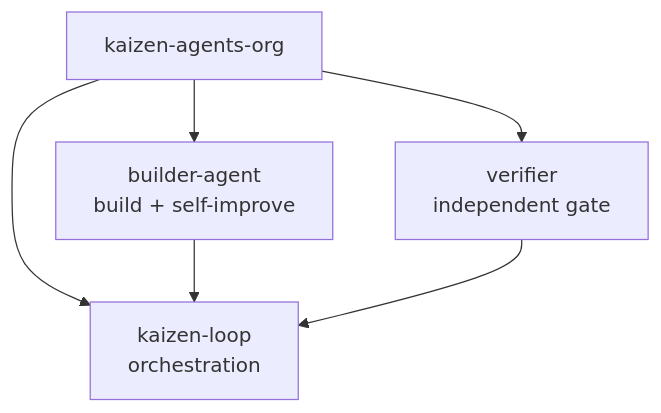
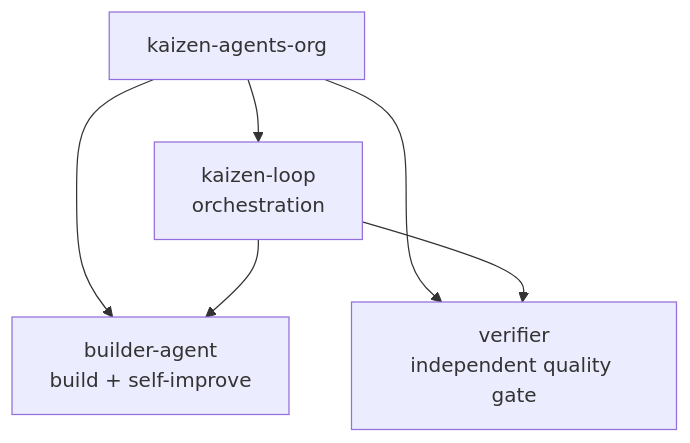
The first of 6 diagrams in docs/architecture.md (kaizen-agents-org/.github), drawn with Mermaid before and after one commit. The commit also changed other lines of this file and 1 other file, not shown here.

````diff
--- a/docs/architecture.md
+++ b/docs/architecture.md
@@ -13,11 +11,11 @@
 ```mermaid
 flowchart TB
     ORG["kaizen-agents-org"]
 
     ORG --> KL["kaizen-loop<br/>orchestration"]
     ORG --> BA["builder-agent<br/>build + self-improve"]
-    ORG --> VF["verifier<br/>independent gate"]
+    ORG --> VF["verifier<br/>independent quality gate"]
 
-    BA --> KL
-    VF --> KL
+    KL --> BA
+    KL --> VF
 ```
````
